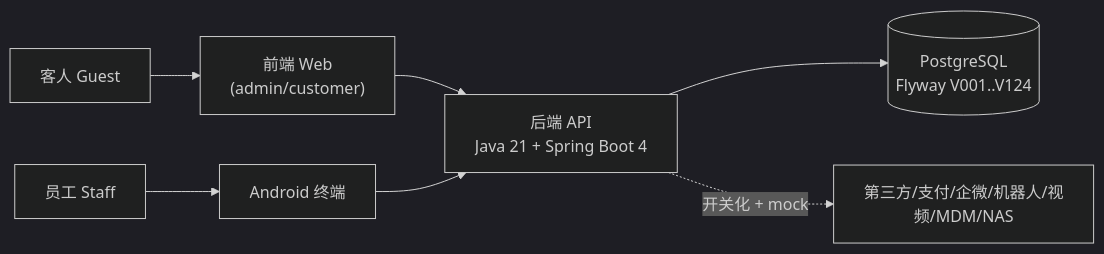
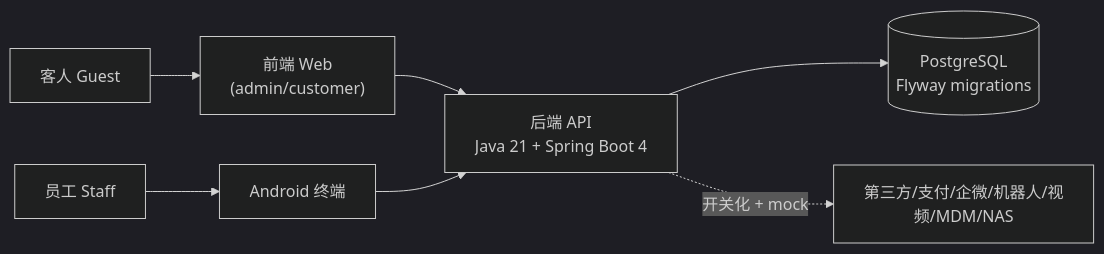
Before and after one commit to jxh1979/mall: the diagram in README.md, drawn with Mermaid (dark theme). The commit also changed other lines of this file and 3 other files, not shown here.

````diff
--- a/README.md
+++ b/README.md
@@ -128,9 +128,9 @@
 ```mermaid
 graph LR
   GUEST["客人 Guest"] --> WEB["前端 Web<br/>(admin/customer)"]
   STAFF["员工 Staff"] --> ANDROID["Android 终端"]
   WEB --> API["后端 API<br/>Java 21 + Spring Boot 4"]
   ANDROID --> API
-  API --> DB[("PostgreSQL<br/>Flyway V001..V124")]
+  API --> DB[("PostgreSQL<br/>Flyway migrations")]
   API -. "开关化 + mock" .-> EXT["第三方/支付/企微/机器人/视频/MDM/NAS"]
 ```
````
